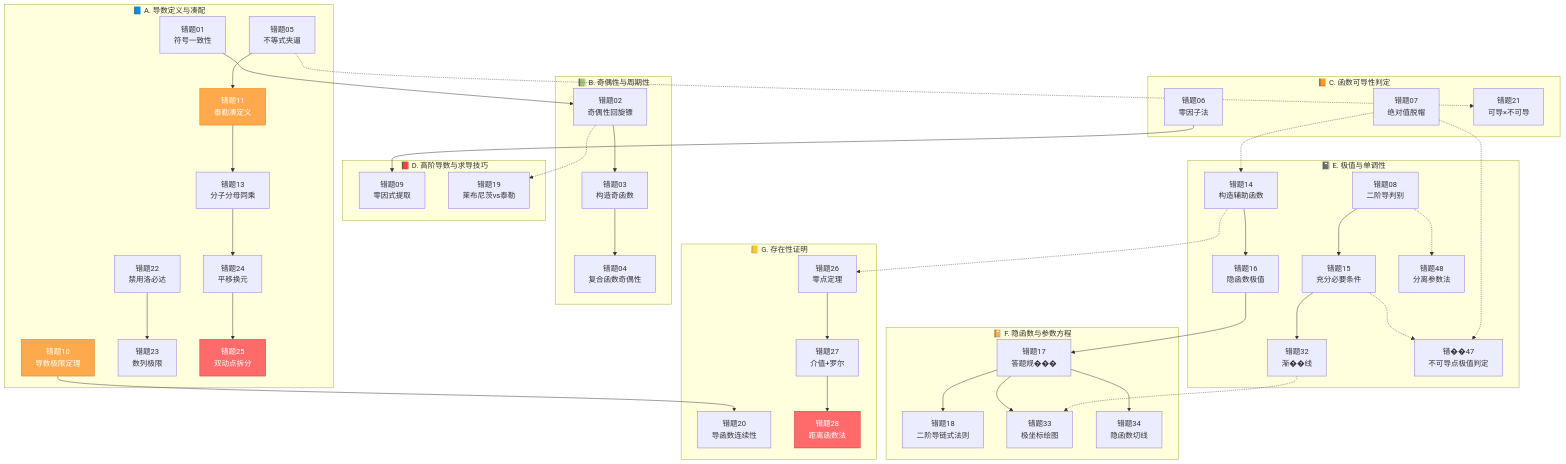
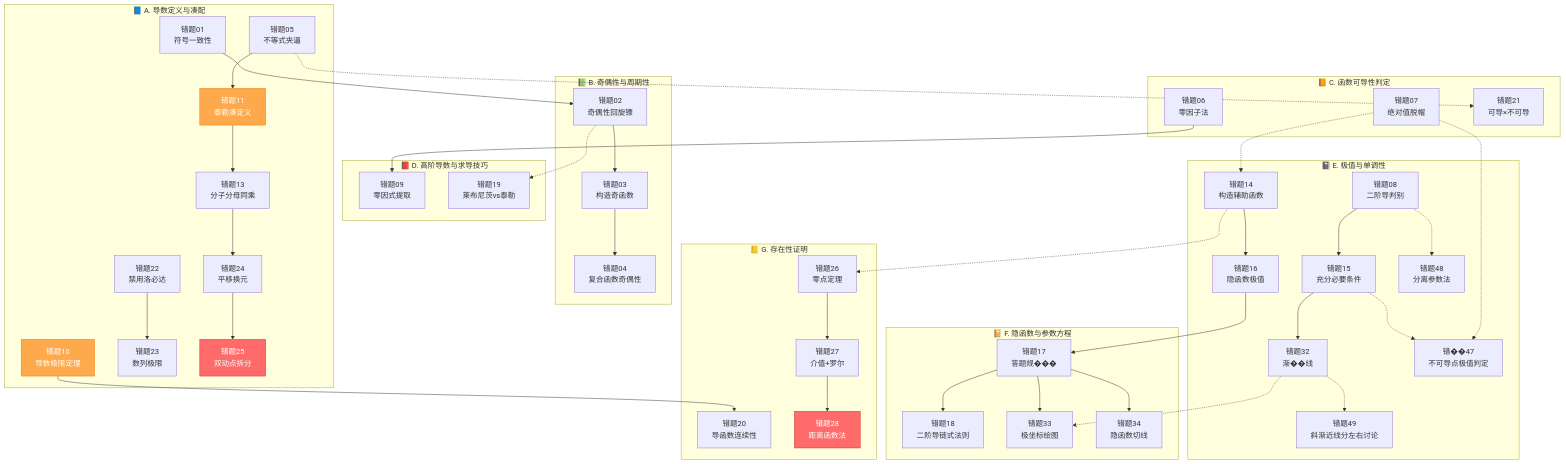
Before and after one commit to Treasoni/kaoyan: the diagram in 考研数学/高数-一元微分学/错题本.md, drawn with Mermaid. The commit also changed other lines of this file, not shown here.

Commit message:
vault backup: 2026-04-12 12:15:32

```diff
--- a/考研数学/高数-一元微分学/错题本.md
+++ b/考研数学/高数-一元微分学/错题本.md
@@ -127,6 +127,7 @@
         E5[错题35<br/>端点最值与单侧导数]
         E6[错��47<br/>不可导点极值判定]
         E7[错题48<br/>分离参数法]
+        E8[错题49<br/>斜渐近线分左右讨论]
     end
 
     subgraph F["📔 F. 隐函数与参数方程"]
@@ -172,6 +173,7 @@
     E3 -.-> E6
     C2 -.-> E6
     E1 -.-> E7
+    E5[错题32<br/>渐近线] -.-> E8
     E5[错题32<br/>渐��线] -.-> F3
 
     style A9 fill:#ff6b6b,stroke:#c92a2a,color:#fff
```
